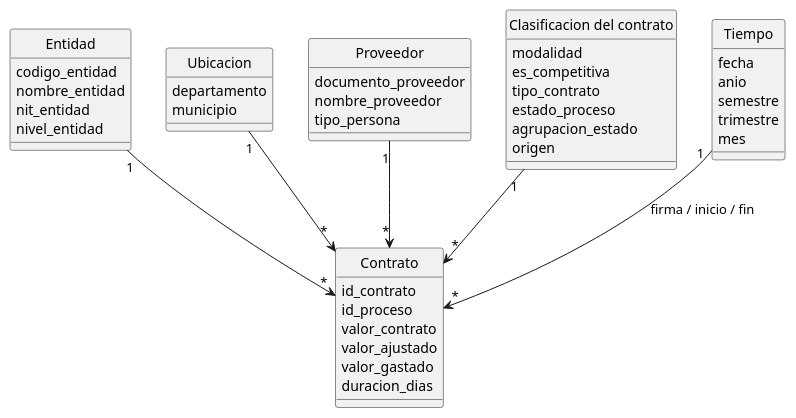
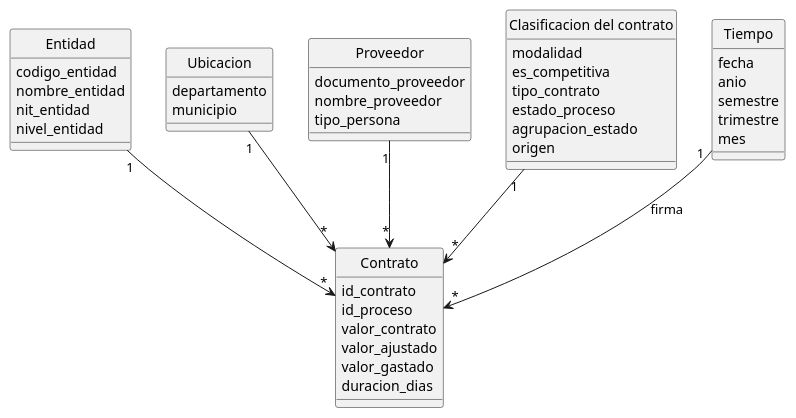
Before and after one commit to KerinM/SECOP: the first of 2 diagrams in docs/modelo_relacional.md, drawn with PlantUML. The commit also changed other lines of this file and 9 other files, not shown here.

Commit message:
docs: dim_tiempo con un solo rol (firma)

````diff
--- a/docs/modelo_relacional.md
+++ b/docs/modelo_relacional.md
@@ -103,55 +103,55 @@
 ```plantuml
 @startuml
 hide circle
 
 entity "Entidad" as Entidad {
   codigo_entidad
   nombre_entidad
   nit_entidad
   nivel_entidad
 }
 
 entity "Ubicacion" as Ubicacion {
   departamento
   municipio
 }
 
 entity "Proveedor" as Proveedor {
   documento_proveedor
   nombre_proveedor
   tipo_persona
 }
 
 entity "Clasificacion del contrato" as Clasificacion {
   modalidad
   es_competitiva
   tipo_contrato
   estado_proceso
   agrupacion_estado
   origen
 }
 
 entity "Tiempo" as Tiempo {
   fecha
   anio
   semestre
   trimestre
   mes
 }
 
 entity "Contrato" as Contrato {
   id_contrato
   id_proceso
   valor_contrato
   valor_ajustado
   valor_gastado
   duracion_dias
 }
 
 Entidad       "1" --> "*" Contrato
 Ubicacion     "1" --> "*" Contrato
 Proveedor     "1" --> "*" Contrato
 Clasificacion "1" --> "*" Contrato
-Tiempo        "1" --> "*" Contrato : firma / inicio / fin
+Tiempo        "1" --> "*" Contrato : firma
 @enduml
 ```
````
